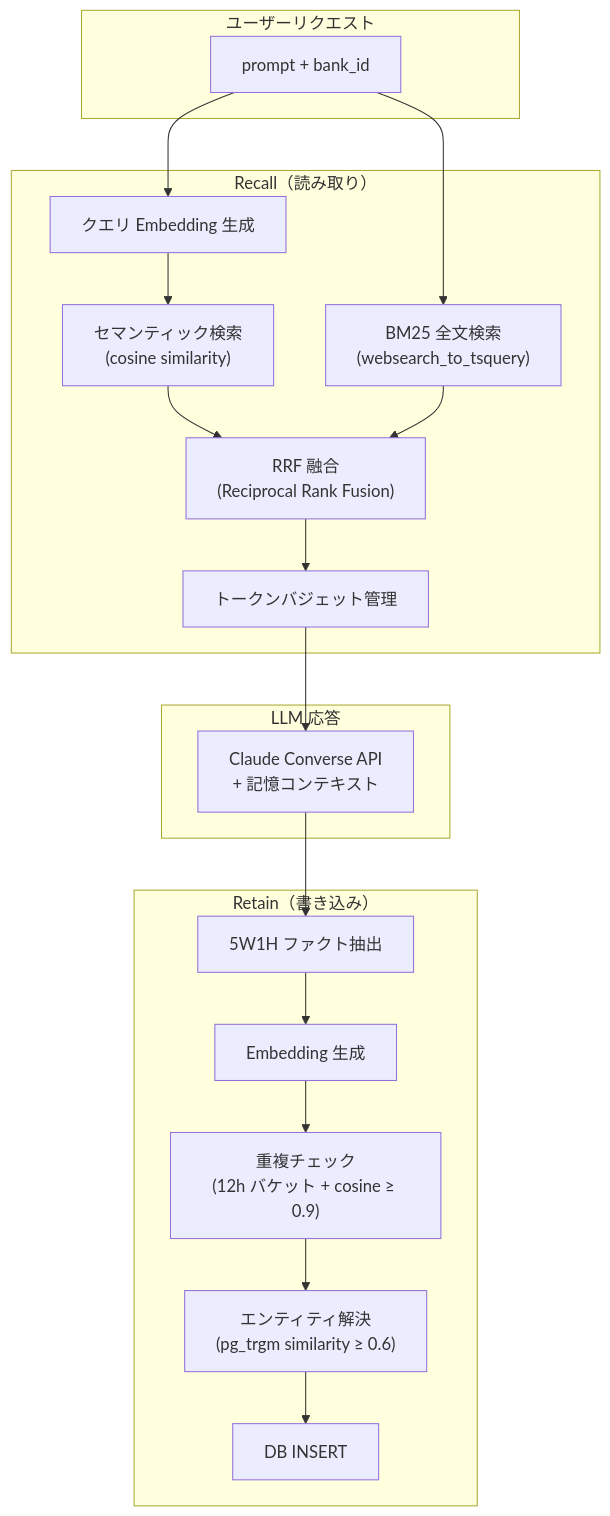
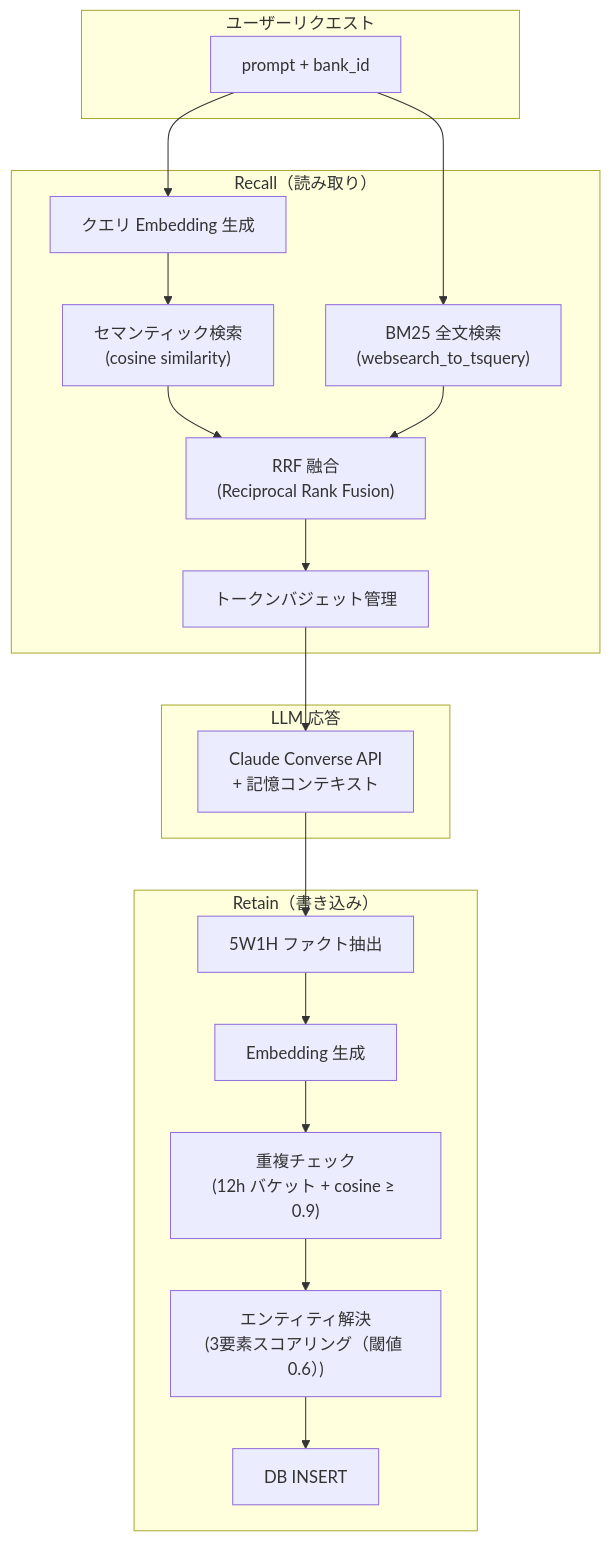
One commit to sori883/myfriend changed the second of 3 diagrams in docs/設計/AWS/E2Eリクエストフロー.md. Above: the diagram before and after it, drawn with Mermaid. The commit also changed 23 other files, not shown here.

````diff
--- a/docs/設計/AWS/E2Eリクエストフロー.md
+++ b/docs/設計/AWS/E2Eリクエストフロー.md
@@ -65,34 +65,34 @@
 ```mermaid
 graph TB
     subgraph "ユーザーリクエスト"
         REQ["prompt + bank_id"]
     end
 
     subgraph "Recall（読み取り）"
         R1["クエリ Embedding 生成"]
         R2["セマンティック検索<br/>(cosine similarity)"]
         R3["BM25 全文検索<br/>(websearch_to_tsquery)"]
         R4["RRF 融合<br/>(Reciprocal Rank Fusion)"]
         R5["トークンバジェット管理"]
     end
 
     subgraph "LLM 応答"
         LLM["Claude Converse API<br/>+ 記憶コンテキスト"]
     end
 
     subgraph "Retain（書き込み）"
         W1["5W1H ファクト抽出"]
         W2["Embedding 生成"]
         W3["重複チェック<br/>(12h バケット + cosine ≥ 0.9)"]
-        W4["エンティティ解決<br/>(pg_trgm similarity ≥ 0.6)"]
+        W4["エンティティ解決<br/>(3要素スコアリング（閾値 0.6）)"]
         W5["DB INSERT"]
     end
 
     REQ --> R1 --> R2
     REQ --> R3
     R2 --> R4
     R3 --> R4
     R4 --> R5 --> LLM
 
     LLM --> W1 --> W2 --> W3 --> W4 --> W5
 ```
````
